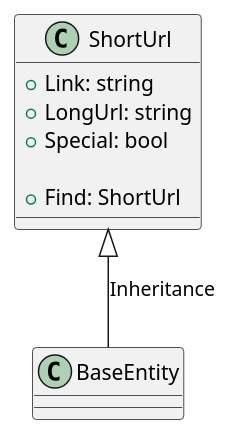
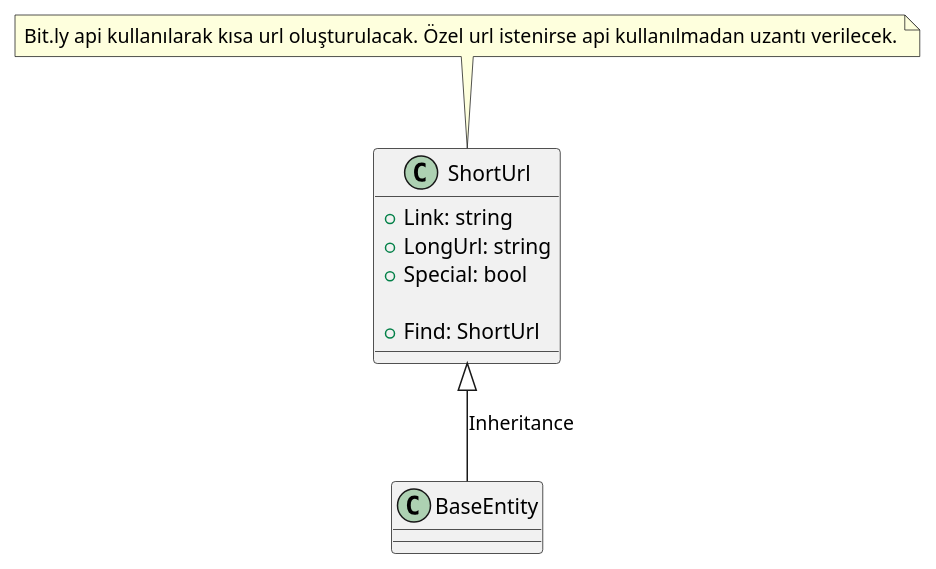
Before and after one commit to evrendev/sport-club: the diagram in uml/ShortUrl/ShortUrl.puml, drawn with PlantUML. The commit also changed 12 other files, not shown here.

Commit message:
Uml diagrams updated

```diff
--- a/uml/ShortUrl/ShortUrl.puml
+++ b/uml/ShortUrl/ShortUrl.puml
@@ -1,14 +1,17 @@
 @startuml ShortUrl Class Diagram
 
 class ShortUrl  {
     + Link: string
     + LongUrl: string
     + Special: bool
 
     + Find: ShortUrl
 
 }
 
 ShortUrl <|-- BaseEntity: Inheritance
+
+note top of ShortUrl: Bit.ly api kullanılarak kısa url oluşturulacak. Özel url istenirse api kullanılmadan uzantı verilecek.
+
  
 @enduml
```
